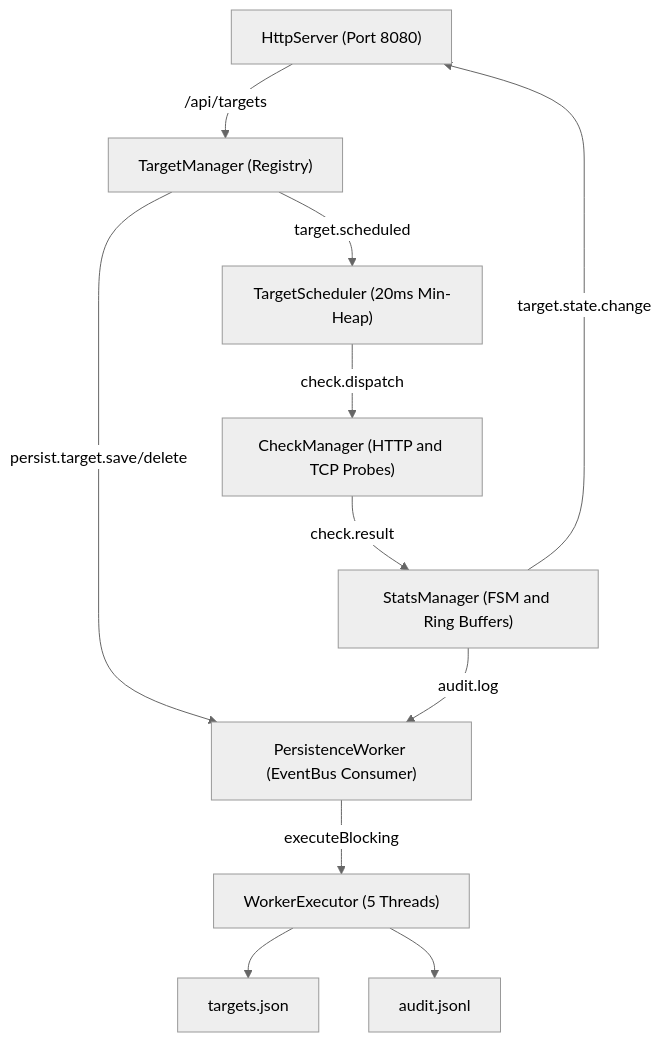
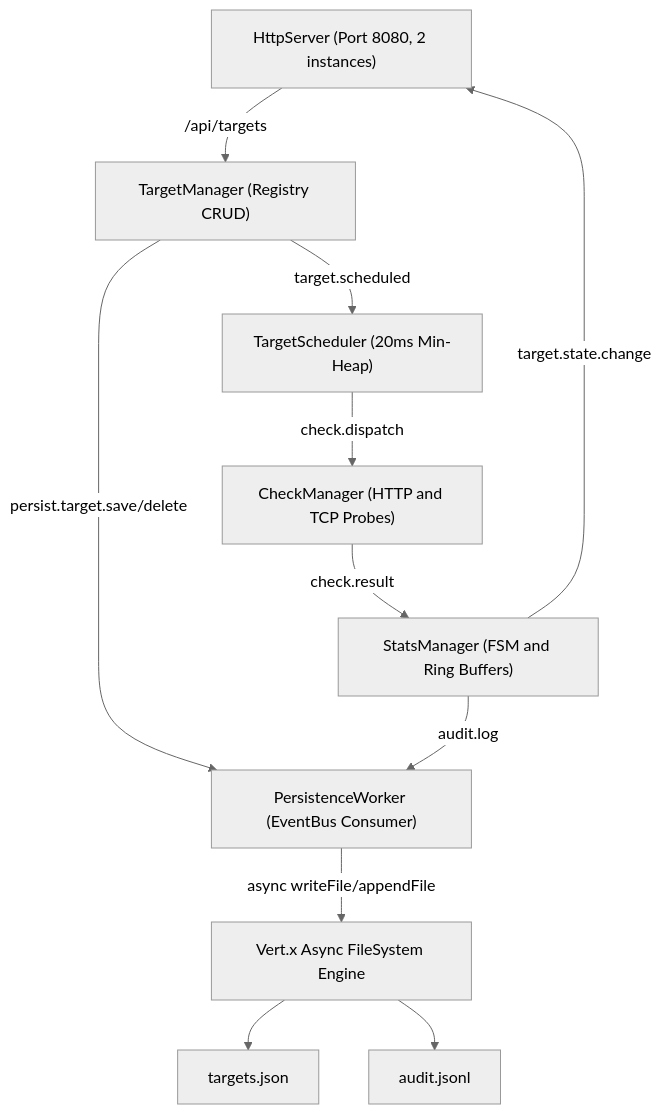
Before and after one commit to Purvish1452/Monitoring-service: the diagram in README.md, drawn with Mermaid (neutral theme). The commit also changed other lines of this file and 2 other files, not shown here.

Commit message:
docs: document async FileSystem architecture, thread confinement, and measured test benchmarks

````diff
--- a/README.md
+++ b/README.md
@@ -85,23 +85,23 @@
 ```mermaid
 graph TD
-    HTTP["HttpServer (Port 8080)"]
-    TM["TargetManager (Registry)"]
+    HTTP["HttpServer (Port 8080, 2 instances)"]
+    TM["TargetManager (Registry CRUD)"]
     TS["TargetScheduler (20ms Min-Heap)"]
     CM["CheckManager (HTTP and TCP Probes)"]
     SM["StatsManager (FSM and Ring Buffers)"]
     PW["PersistenceWorker (EventBus Consumer)"]
-    WPOOL["WorkerExecutor (5 Threads)"]
+    VFS["Vert.x Async FileSystem Engine"]
     DISK1["targets.json"]
     DISK2["audit.jsonl"]
 
     HTTP -->|/api/targets| TM
     TM -->|target.scheduled| TS
     TS -->|check.dispatch| CM
     CM -->|check.result| SM
     SM -->|target.state.change| HTTP
     TM -->|persist.target.save/delete| PW
     SM -->|audit.log| PW
-    PW -->|executeBlocking| WPOOL
-    WPOOL --> DISK1
-    WPOOL --> DISK2
+    PW -->|async writeFile/appendFile| VFS
+    VFS --> DISK1
+    VFS --> DISK2
 ```
````
